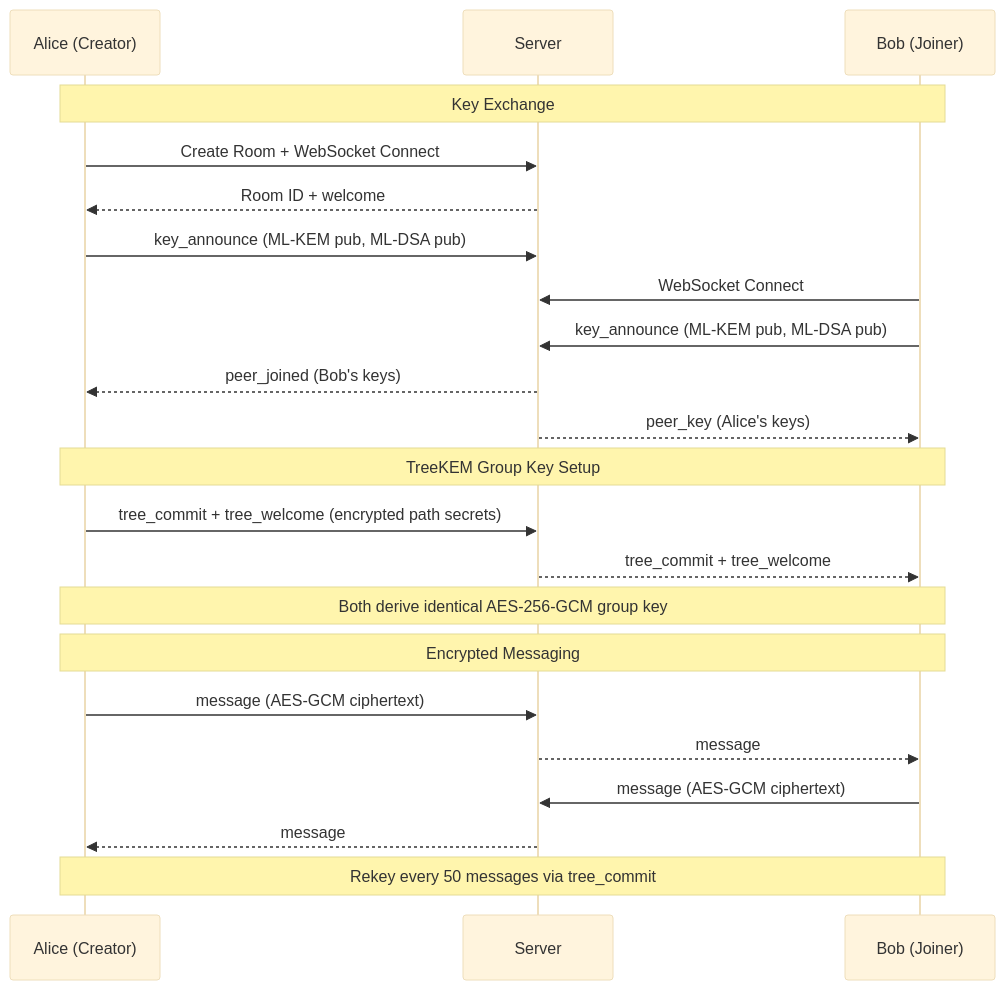
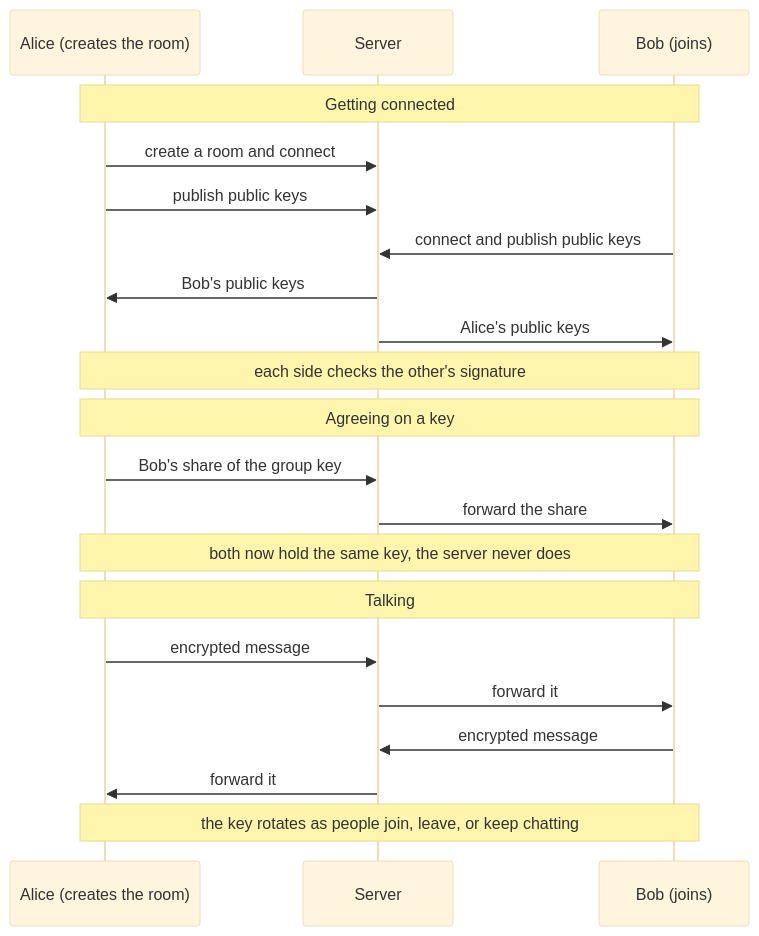
Before and after one commit to longestneckedgiraffe/parrhesia-frontend: the diagram in README.md, drawn with Mermaid (base theme). The commit also changed other lines of this file, not shown here.

Commit message:
Modify README.md
The README is more mature and now includes more details about Parrhesia's ins and outs

````diff
--- a/README.md
+++ b/README.md
@@ -17,32 +33,29 @@
 ```mermaid
 sequenceDiagram
-    participant A as Alice (Creator)
+    participant A as Alice (creates the room)
     participant S as Server
-    participant B as Bob (Joiner)
+    participant B as Bob (joins)
 
-    Note over A,B: Key Exchange
+    Note over A,B: Getting connected
 
-    A->>S: Create Room + WebSocket Connect
-    S-->>A: Room ID + welcome
-    A->>S: key_announce (ML-KEM pub, ML-DSA pub)
+    A->>S: create a room and connect
+    A->>S: publish public keys
+    B->>S: connect and publish public keys
+    S->>A: Bob's public keys
+    S->>B: Alice's public keys
+    Note over A,B: each side checks the other's signature
 
-    B->>S: WebSocket Connect
-    B->>S: key_announce (ML-KEM pub, ML-DSA pub)
-    S-->>A: peer_joined (Bob's keys)
-    S-->>B: peer_key (Alice's keys)
+    Note over A,B: Agreeing on a key
 
-    Note over A,B: TreeKEM Group Key Setup
+    A->>S: Bob's share of the group key
+    S->>B: forward the share
+    Note over A,B: both now hold the same key, the server never does
 
-    A->>S: tree_commit + tree_welcome (encrypted path secrets)
-    S-->>B: tree_commit + tree_welcome
-    Note over A,B: Both derive identical AES-256-GCM group key
+    Note over A,B: Talking
 
-    Note over A,B: Encrypted Messaging
-
-    A->>S: message (AES-GCM ciphertext)
-    S-->>B: message
-    B->>S: message (AES-GCM ciphertext)
-    S-->>A: message
-
-    Note over A,B: Rekey every 50 messages via tree_commit
+    A->>S: encrypted message
+    S->>B: forward it
+    B->>S: encrypted message
+    S->>A: forward it
+    Note over A,B: the key rotates as people join, leave, or keep chatting
 ```
````
